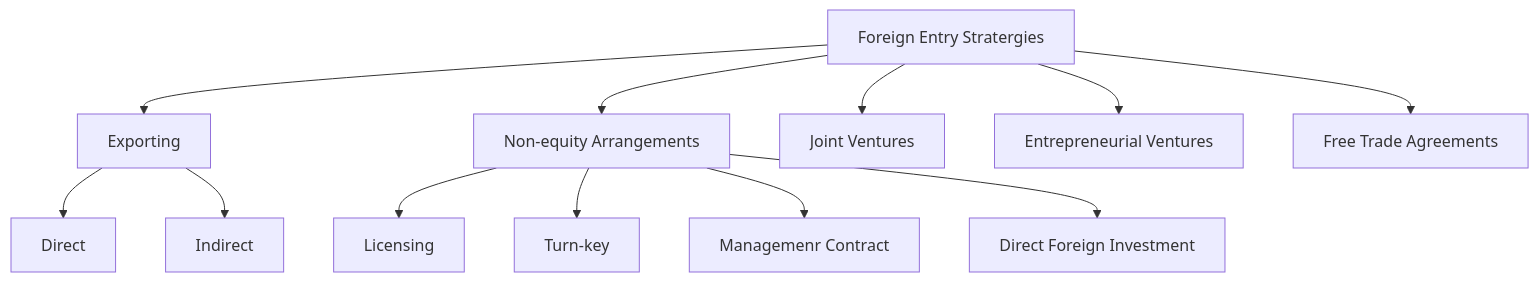
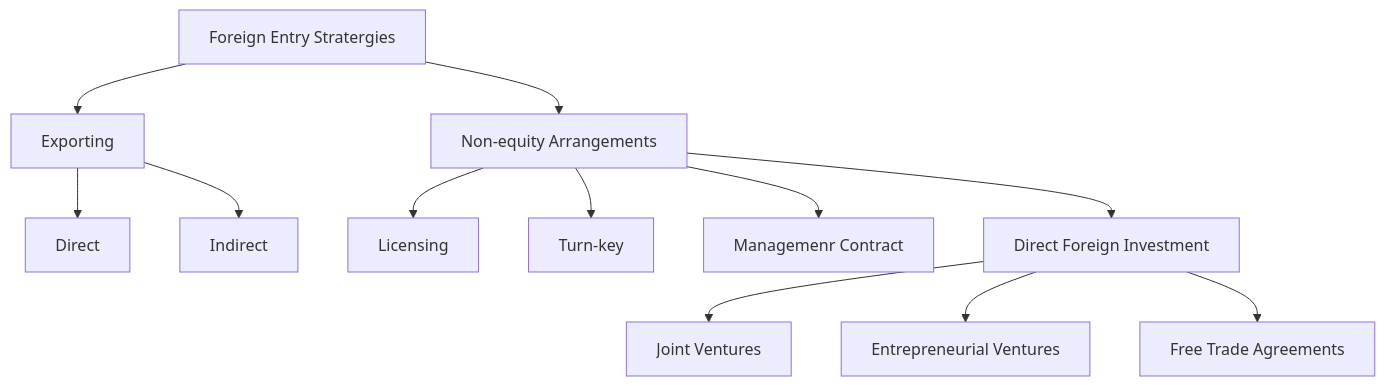
Before and after one commit to random-goose/Notes-Vault: the diagram in IV/IIPME/IIPME II.md, drawn with Mermaid. The commit also changed other lines of this file and 2 other files, not shown here.

````diff
--- a/IV/IIPME/IIPME II.md
+++ b/IV/IIPME/IIPME II.md
@@ -3,14 +3,14 @@
 ```mermaid
 graph TD
 	A[Foreign Entry Stratergies] --> B[Exporting]
 	B --> C[Direct]
 	B --> D[Indirect]
 	A --> E[Non-equity Arrangements]
 	E --> F[Licensing]
 	E --> G[Turn-key]
 	E --> H[Managemenr Contract]
 	E --> I[Direct Foreign Investment]
-	A --> J[Joint Ventures]
-	A --> K[Entrepreneurial Ventures]
-	A --> M[Free Trade Agreements]
+	I --> J[Joint Ventures]
+	I --> K[Entrepreneurial Ventures]
+	I --> M[Free Trade Agreements]
 ```
````
